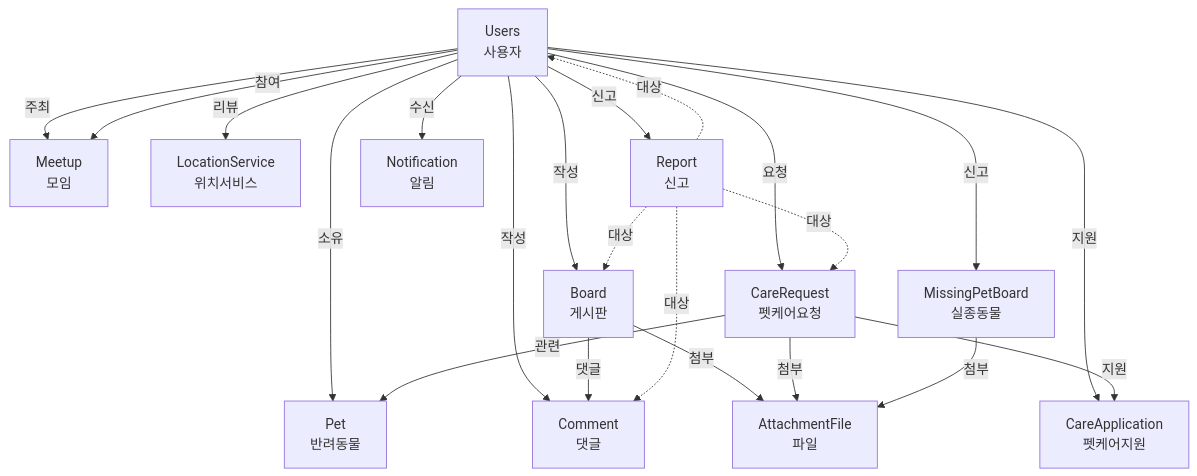
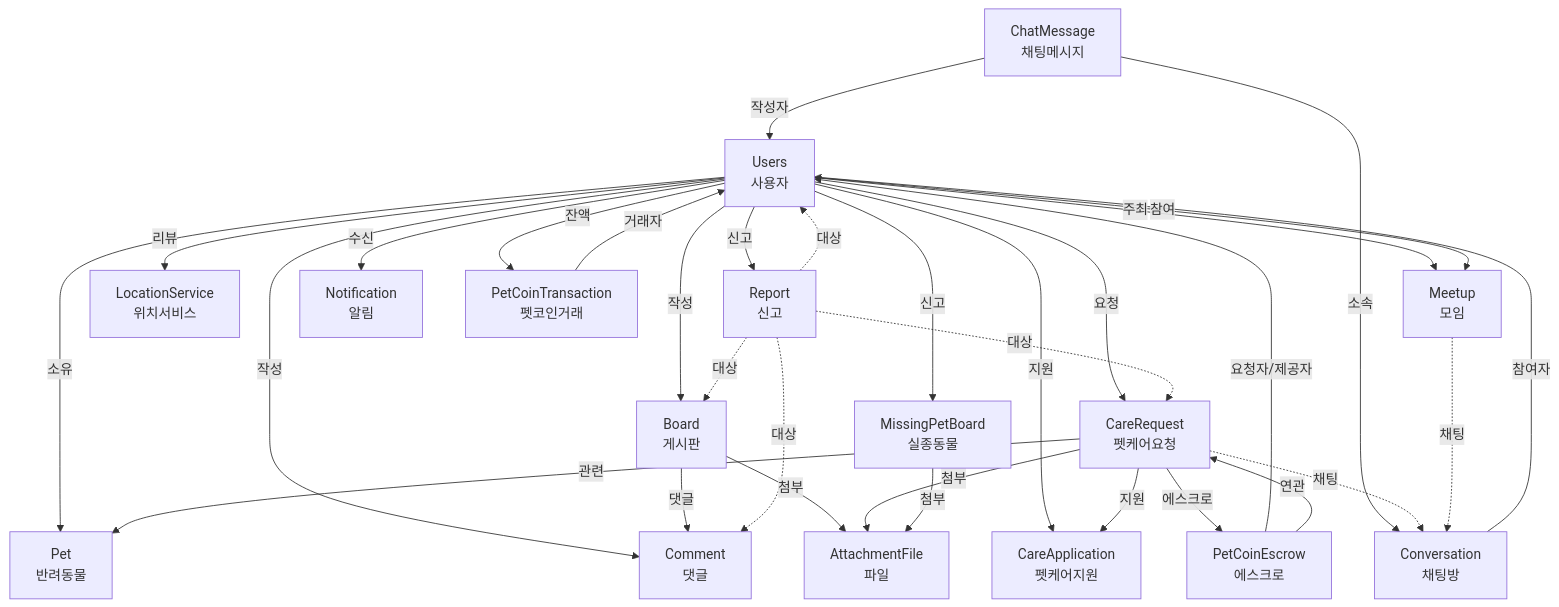
Before and after one commit to makkong1/Petory: the first of 3 diagrams in docs/architecture/domain-relationships.md, drawn with Mermaid. The commit also changed other lines of this file and 3 other files, not shown here.

````diff
--- a/docs/architecture/domain-relationships.md
+++ b/docs/architecture/domain-relationships.md
@@ -5,41 +5,57 @@
 ```mermaid
 graph TB
     Users[Users<br/>사용자]
     Pet[Pet<br/>반려동물]
     Board[Board<br/>게시판]
     Comment[Comment<br/>댓글]
     CareRequest[CareRequest<br/>펫케어요청]
     CareApplication[CareApplication<br/>펫케어지원]
     MissingPet[MissingPetBoard<br/>실종동물]
     Meetup[Meetup<br/>모임]
     LocationService[LocationService<br/>위치서비스]
     Report[Report<br/>신고]
     Notification[Notification<br/>알림]
     File[AttachmentFile<br/>파일]
+    PetCoin[PetCoinTransaction<br/>펫코인거래]
+    Escrow[PetCoinEscrow<br/>에스크로]
+    Conversation[Conversation<br/>채팅방]
+    ChatMessage[ChatMessage<br/>채팅메시지]
     
     Users -->|소유| Pet
     Users -->|작성| Board
     Users -->|작성| Comment
     Users -->|요청| CareRequest
     Users -->|지원| CareApplication
     Users -->|신고| MissingPet
     Users -->|주최| Meetup
     Users -->|참여| Meetup
     Users -->|리뷰| LocationService
     Users -->|신고| Report
     Users -->|수신| Notification
+    Users -->|잔액| PetCoin
     
     Board -->|댓글| Comment
     Board -->|첨부| File
     
     CareRequest -->|지원| CareApplication
     CareRequest -->|관련| Pet
     CareRequest -->|첨부| File
+    CareRequest -->|에스크로| Escrow
+    
+    Escrow -->|요청자/제공자| Users
+    Escrow -->|연관| CareRequest
+    PetCoin -->|거래자| Users
+    
+    Conversation -->|참여자| Users
+    ChatMessage -->|작성자| Users
+    ChatMessage -->|소속| Conversation
+    CareRequest -.->|채팅| Conversation
+    Meetup -.->|채팅| Conversation
     
     MissingPet -->|첨부| File
     
     Report -.->|대상| Board
     Report -.->|대상| Comment
     Report -.->|대상| CareRequest
     Report -.->|대상| Users
 ```
````
